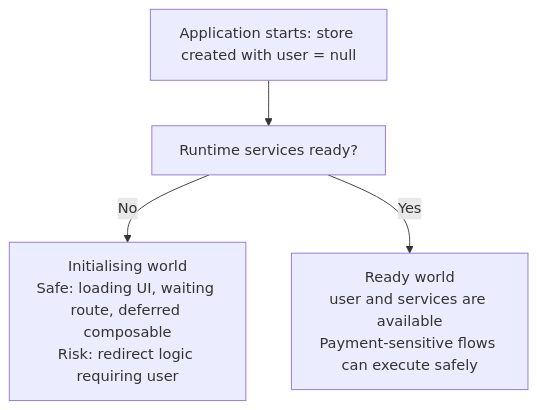
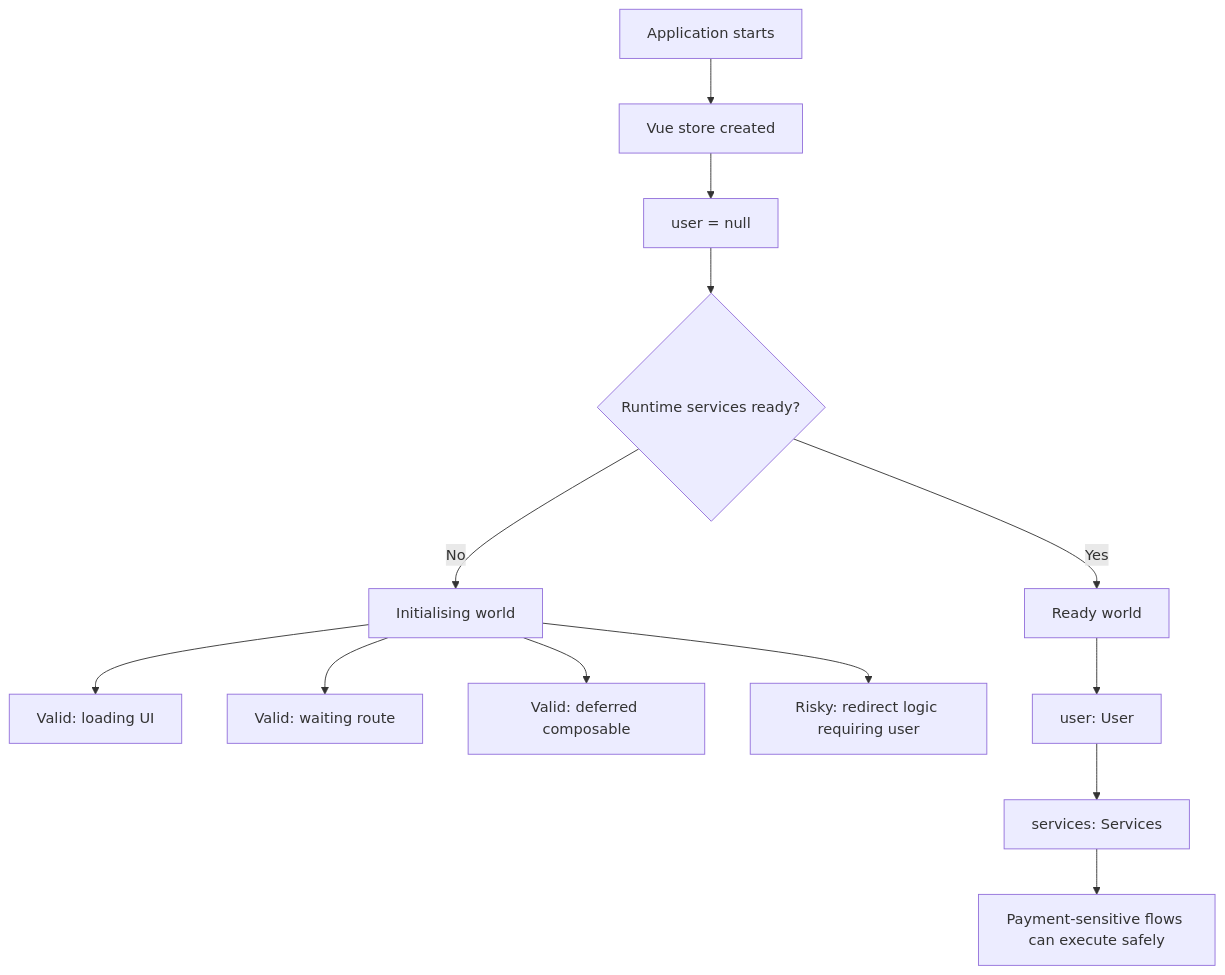
One commit to EduardoAC/eduardo-cv-frontend-web changed the diagram in content/posts/the-initialisation-trap-in-typescript.md. Above: the diagram before and after it, drawn with Mermaid. The commit also changed other lines of this file, not shown here.

Commit message:
Update topics and slug

````diff
--- a/content/posts/the-initialisation-trap-in-typescript.md
+++ b/content/posts/the-initialisation-trap-in-typescript.md
@@ -79,8 +80,17 @@
 ```mermaid
 flowchart TD
-  A["Application starts: store created with user = null"]
-  A --> B["Runtime services ready?"]
+  A[Application starts] --> B[Vue store created]
+  B --> C[user = null]
+  C --> D{Runtime services ready?}
 
-  B -- No --> C["Initialising world<br/>Safe: loading UI, waiting route, deferred composable<br/>Risk: redirect logic requiring user"]
-  B -- Yes --> D["Ready world<br/>user and services are available<br/>Payment-sensitive flows can execute safely"]
+  D -- No --> E[Initialising world]
+  E --> F[Valid: loading UI]
+  E --> G[Valid: waiting route]
+  E --> H[Valid: deferred composable]
+  E --> I[Risky: redirect logic requiring user]
+
+  D -- Yes --> J[Ready world]
+  J --> K[user: User]
+  K --> L[services: Services]
+  L --> M[Payment-sensitive flows can execute safely]
 ```
````
